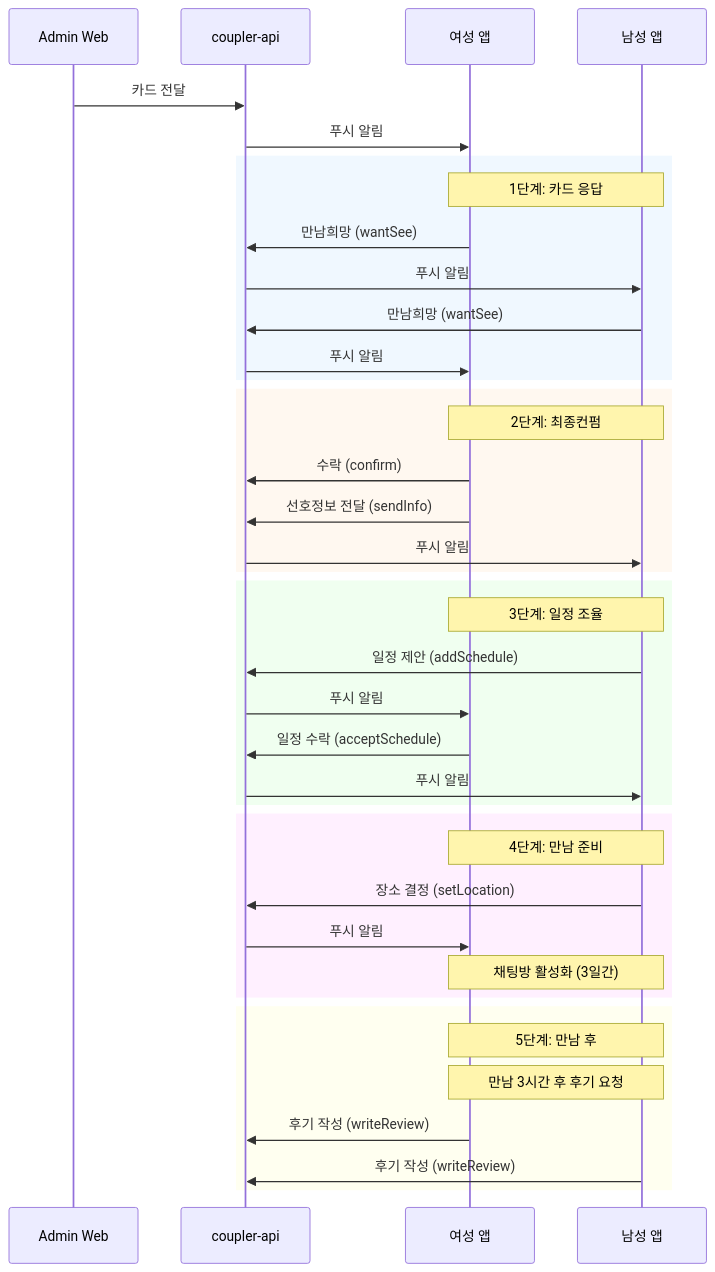
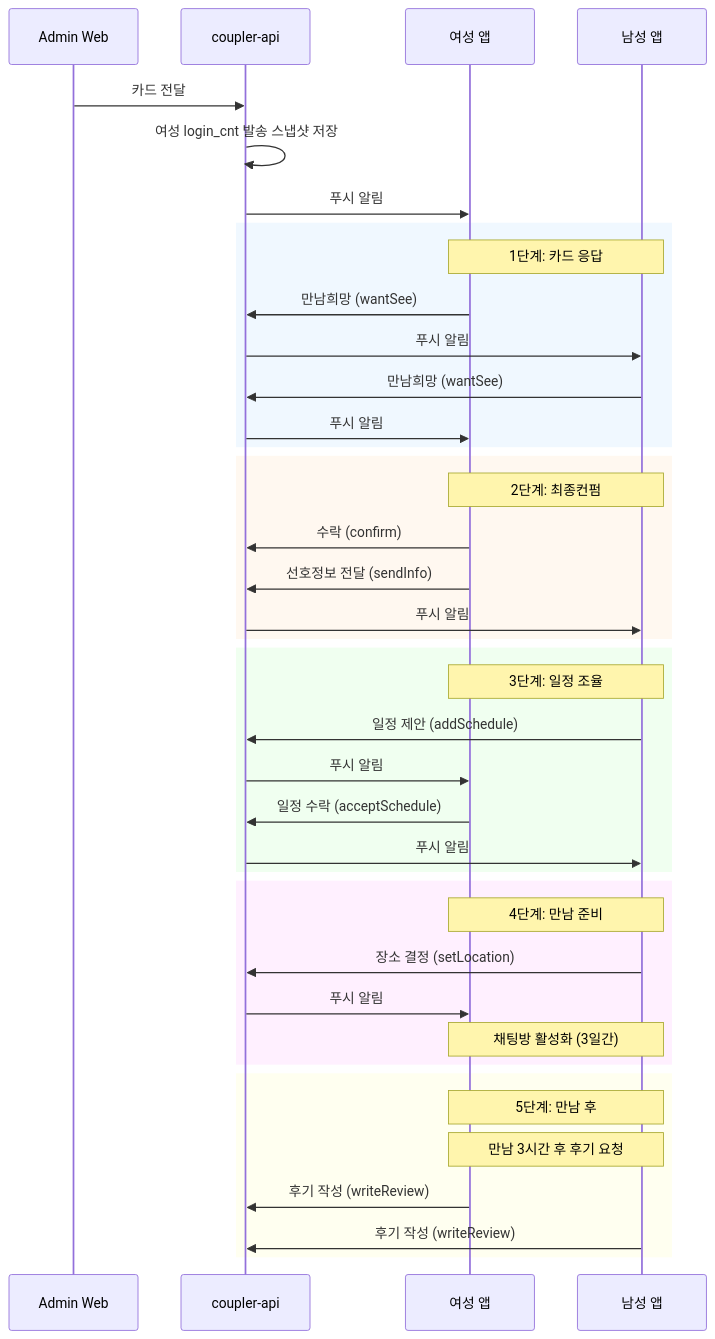
One commit to coupler-developer/docs changed the first of 2 diagrams in content/flows/cross-project/matching-flow.md. Above: the diagram before and after it, drawn with Mermaid. The commit also changed other lines of this file and 5 other files, not shown here.

````diff
--- a/content/flows/cross-project/matching-flow.md
+++ b/content/flows/cross-project/matching-flow.md
@@ -23,47 +23,48 @@
 ```mermaid
 sequenceDiagram
     participant Admin as Admin Web
     participant API as coupler-api
     participant F as 여성 앱
     participant M as 남성 앱
 
     Admin->>API: 카드 전달
+    API->>API: 여성 login_cnt 발송 스냅샷 저장
     API->>F: 푸시 알림
 
     rect rgb(240, 248, 255)
         Note over F,M: 1단계: 카드 응답
         F->>API: 만남희망 (wantSee)
         API->>M: 푸시 알림
         M->>API: 만남희망 (wantSee)
         API->>F: 푸시 알림
     end
 
     rect rgb(255, 248, 240)
         Note over F,M: 2단계: 최종컨펌
         F->>API: 수락 (confirm)
         F->>API: 선호정보 전달 (sendInfo)
         API->>M: 푸시 알림
     end
 
     rect rgb(240, 255, 240)
         Note over F,M: 3단계: 일정 조율
         M->>API: 일정 제안 (addSchedule)
         API->>F: 푸시 알림
         F->>API: 일정 수락 (acceptSchedule)
         API->>M: 푸시 알림
     end
 
     rect rgb(255, 240, 255)
         Note over F,M: 4단계: 만남 준비
         M->>API: 장소 결정 (setLocation)
         API->>F: 푸시 알림
         Note over F,M: 채팅방 활성화 (3일간)
     end
 
     rect rgb(255, 255, 240)
         Note over F,M: 5단계: 만남 후
         Note over F,M: 만남 3시간 후 후기 요청
         F->>API: 후기 작성 (writeReview)
         M->>API: 후기 작성 (writeReview)
     end
 ```
````
